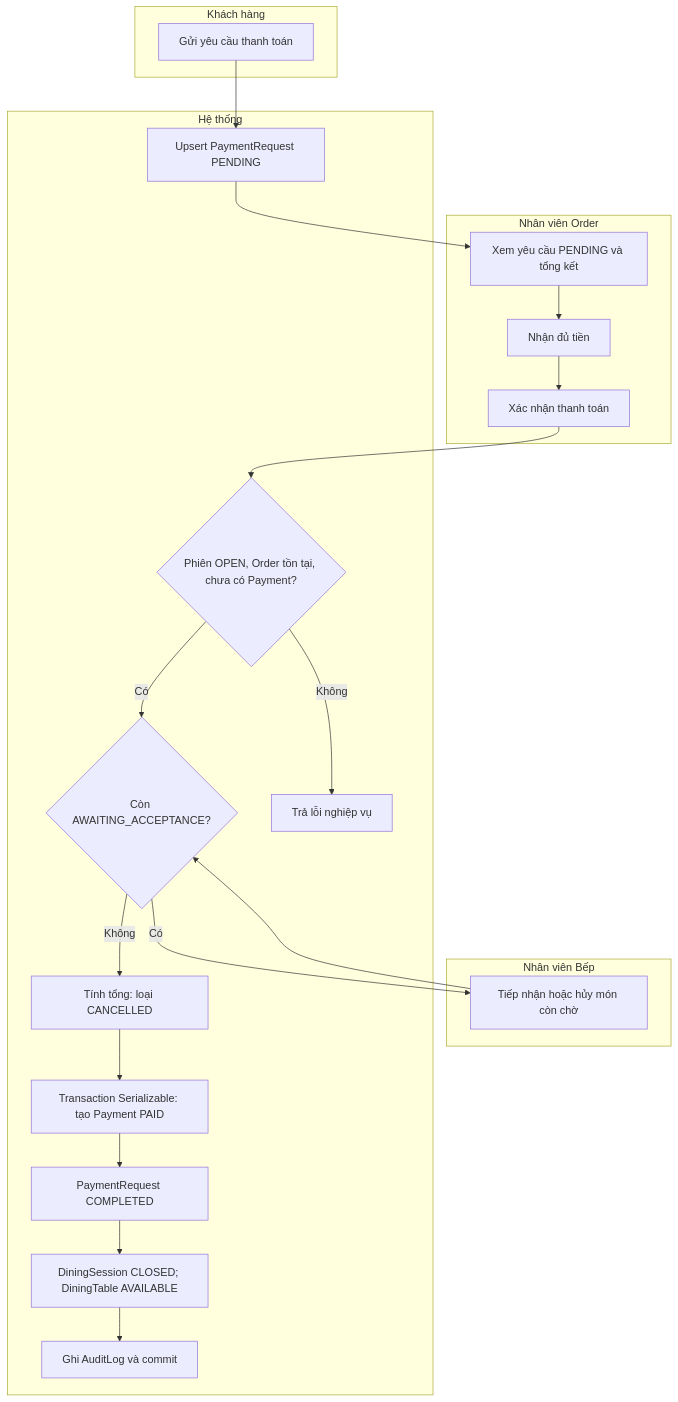
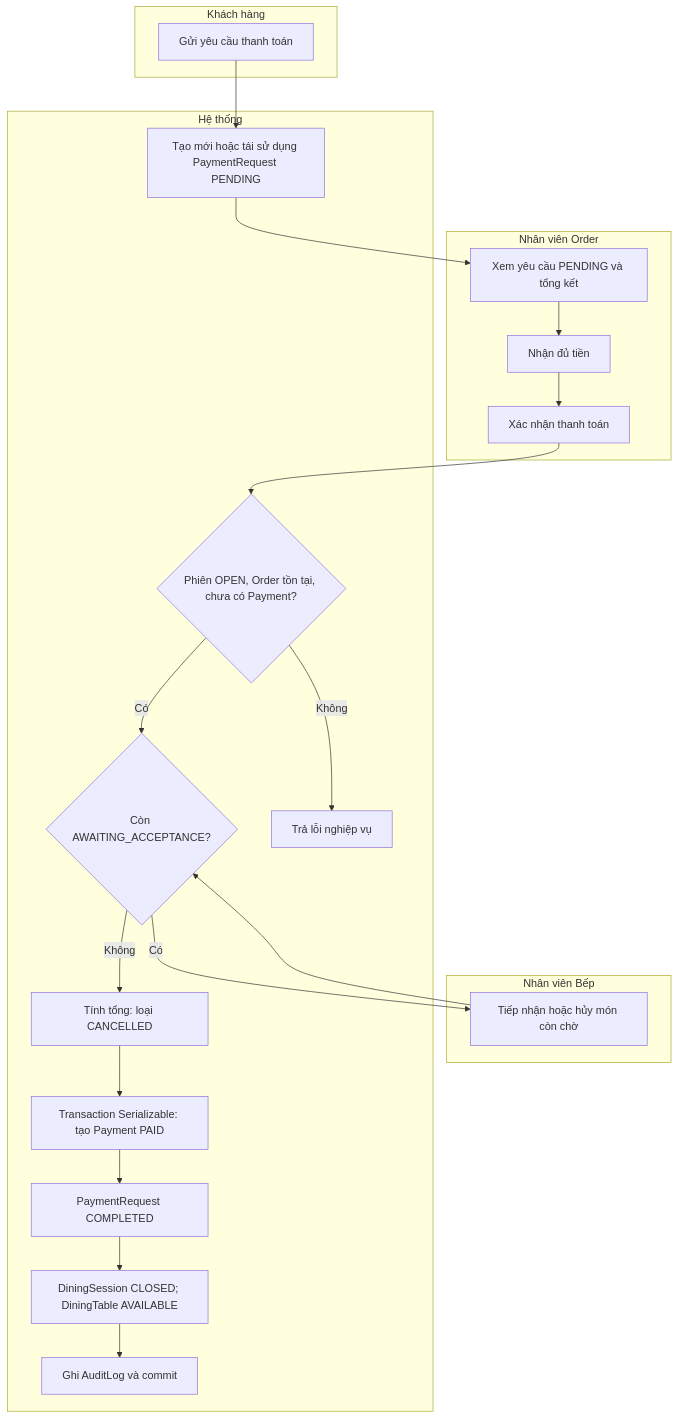
One commit to NTMHuy/ResMan changed the diagram in docs/analysis/diagrams/activity-payment.mmd. Above: the diagram before and after it, drawn with Mermaid.

Commit message:
docs(diagrams): align activity-payment.mmd with source

```diff
--- a/docs/analysis/diagrams/activity-payment.mmd
+++ b/docs/analysis/diagrams/activity-payment.mmd
@@ -1,28 +1,28 @@
 flowchart TB
   subgraph C["Khách hàng"]
     C1["Gửi yêu cầu thanh toán"]
   end
   subgraph O["Nhân viên Order"]
     O1["Xem yêu cầu PENDING và tổng kết"]
     O2["Nhận đủ tiền"]
     O3["Xác nhận thanh toán"]
   end
   subgraph K["Nhân viên Bếp"]
     K1["Tiếp nhận hoặc hủy món còn chờ"]
   end
   subgraph S["Hệ thống"]
-    S1["Upsert PaymentRequest PENDING"]
+    S1["Tạo mới hoặc tái sử dụng PaymentRequest PENDING"]
     S2{"Phiên OPEN, Order tồn tại, chưa có Payment?"}
     S3{"Còn AWAITING_ACCEPTANCE?"}
     S4["Trả lỗi nghiệp vụ"]
     S5["Tính tổng: loại CANCELLED"]
     S6["Transaction Serializable: tạo Payment PAID"]
     S7["PaymentRequest COMPLETED"]
     S8["DiningSession CLOSED; DiningTable AVAILABLE"]
     S9["Ghi AuditLog và commit"]
   end
   C1 --> S1 --> O1 --> O2 --> O3 --> S2
   S2 -- Không --> S4
   S2 -- Có --> S3
   S3 -- Có --> K1 --> S3
   S3 -- Không --> S5 --> S6 --> S7 --> S8 --> S9
```
